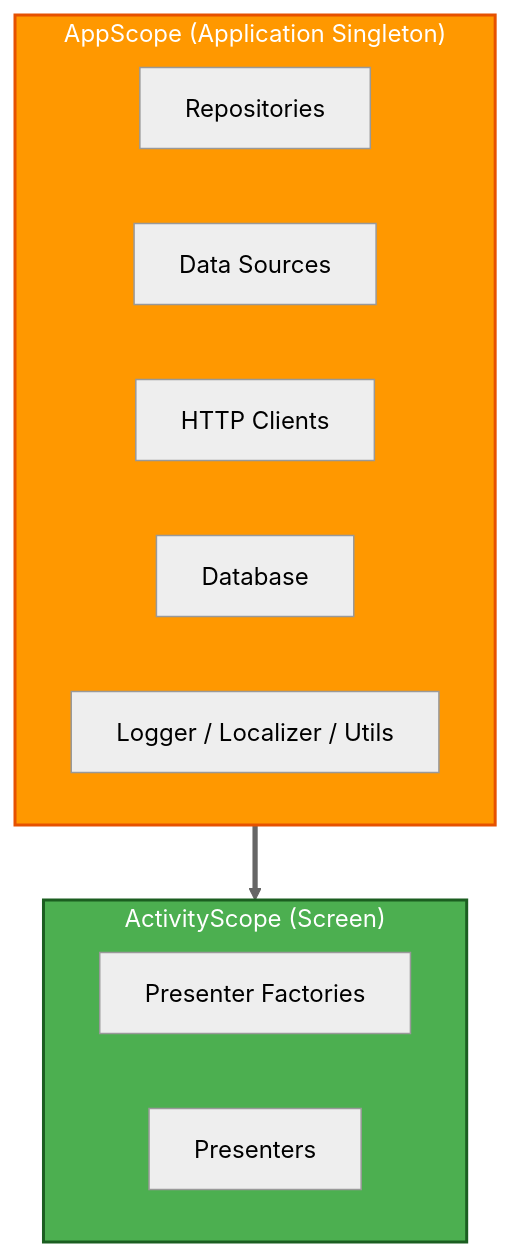
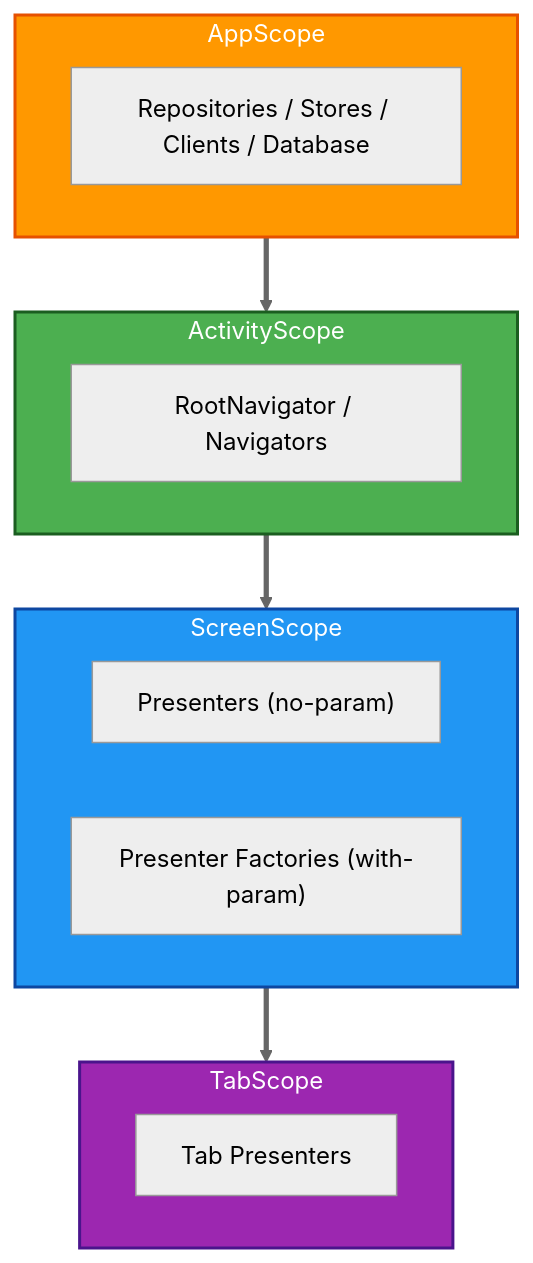
One commit to thomaskioko/tv-maniac changed the diagram in docs/architecture/DI.md. Above: the diagram before and after it, drawn with Mermaid (neutral theme). The commit also changed other lines of this file and 473 other files, not shown here.

````diff
--- a/docs/architecture/DI.md
+++ b/docs/architecture/DI.md
@@ -11,22 +11,32 @@
 ```mermaid
 graph TD
-    subgraph AS["AppScope (Application Singleton)"]
+    subgraph AS["AppScope"]
         direction LR
-        R["Repositories"]
-        DS["Data Sources"]
-        HC["HTTP Clients"]
-        DB["Database"]
-        U["Logger / Localizer / Utils"]
+        R["Repositories / Stores / Clients / Database"]
     end
 
-    subgraph ACS["ActivityScope (Screen)"]
+    subgraph ACS["ActivityScope"]
         direction LR
-        PF["Presenter Factories"]
-        P["Presenters"]
+        RN["RootNavigator / Navigators"]
+    end
+
+    subgraph SS["ScreenScope"]
+        direction LR
+        P["Presenters (no-param)"]
+        PF["Presenter Factories (with-param)"]
+    end
+
+    subgraph TS["TabScope"]
+        direction LR
+        TP["Tab Presenters"]
     end
 
     AS ==> ACS
+    ACS ==> SS
+    SS ==> TS
 
     style AS fill:#FF9800,color:#fff,stroke:#E65100,stroke-width:2px
     style ACS fill:#4CAF50,color:#fff,stroke:#1B5E20,stroke-width:2px
+    style SS fill:#2196F3,color:#fff,stroke:#0D47A1,stroke-width:2px
+    style TS fill:#9C27B0,color:#fff,stroke:#4A148C,stroke-width:2px
 ```
````
